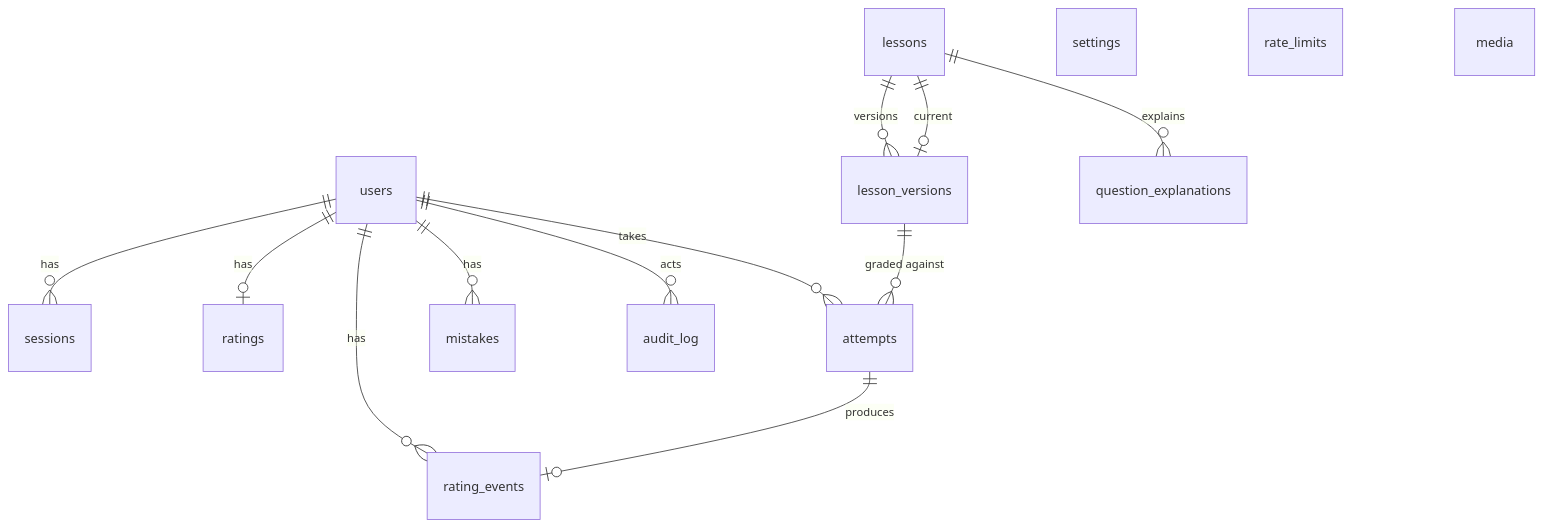
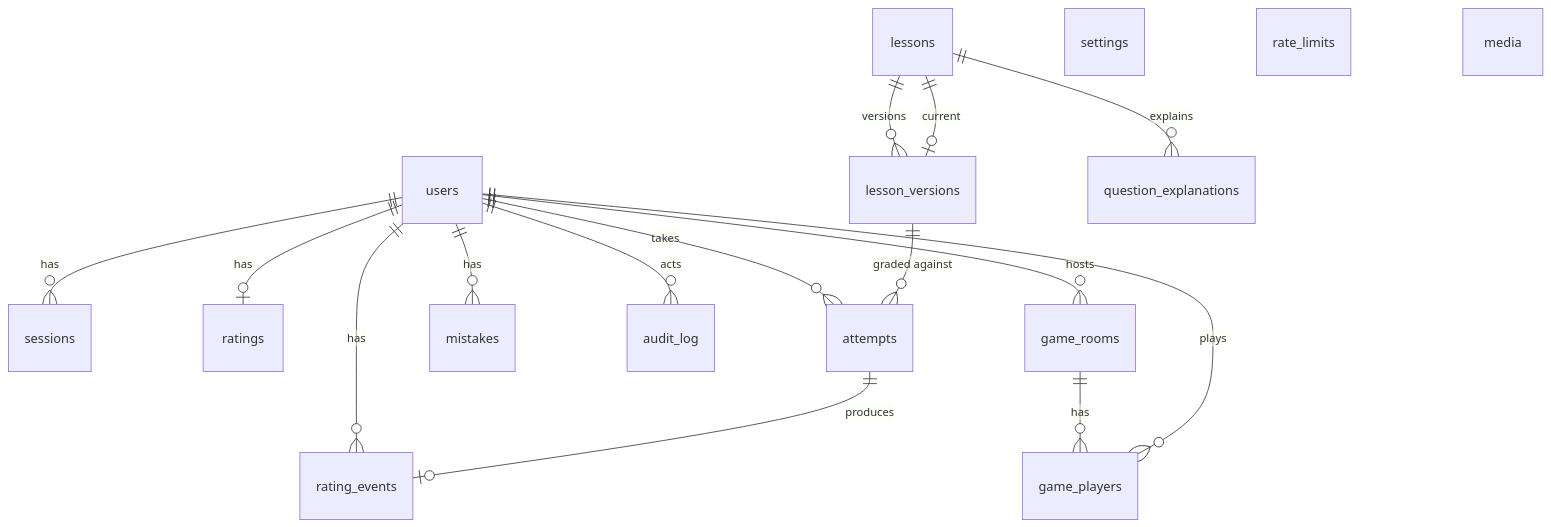
The diagram in docs/04-data-model.md (Neifuisann/onluyenvatly-v2), drawn with Mermaid before and after one commit. The commit also changed other lines of this file and 10 other files, not shown here.

First line of the commit message:
docs: B-05 game rooms (ADR-008, data model, routes, security, budgets, tests, UI)

````diff
--- a/docs/04-data-model.md
+++ b/docs/04-data-model.md
@@ -7,17 +7,20 @@
 ```mermaid
 erDiagram
   users ||--o{ sessions : has
   users ||--o| ratings : has
   users ||--o{ attempts : takes
   users ||--o{ rating_events : has
   users ||--o{ mistakes : has
   lessons ||--o{ lesson_versions : versions
   lessons ||--o| lesson_versions : current
   lesson_versions ||--o{ attempts : "graded against"
   attempts ||--o| rating_events : produces
   lessons ||--o{ question_explanations : explains
   users ||--o{ audit_log : acts
+  users ||--o{ game_rooms : hosts
+  game_rooms ||--o{ game_players : has
+  users ||--o{ game_players : plays
   settings
   rate_limits
   media
 ```
````
